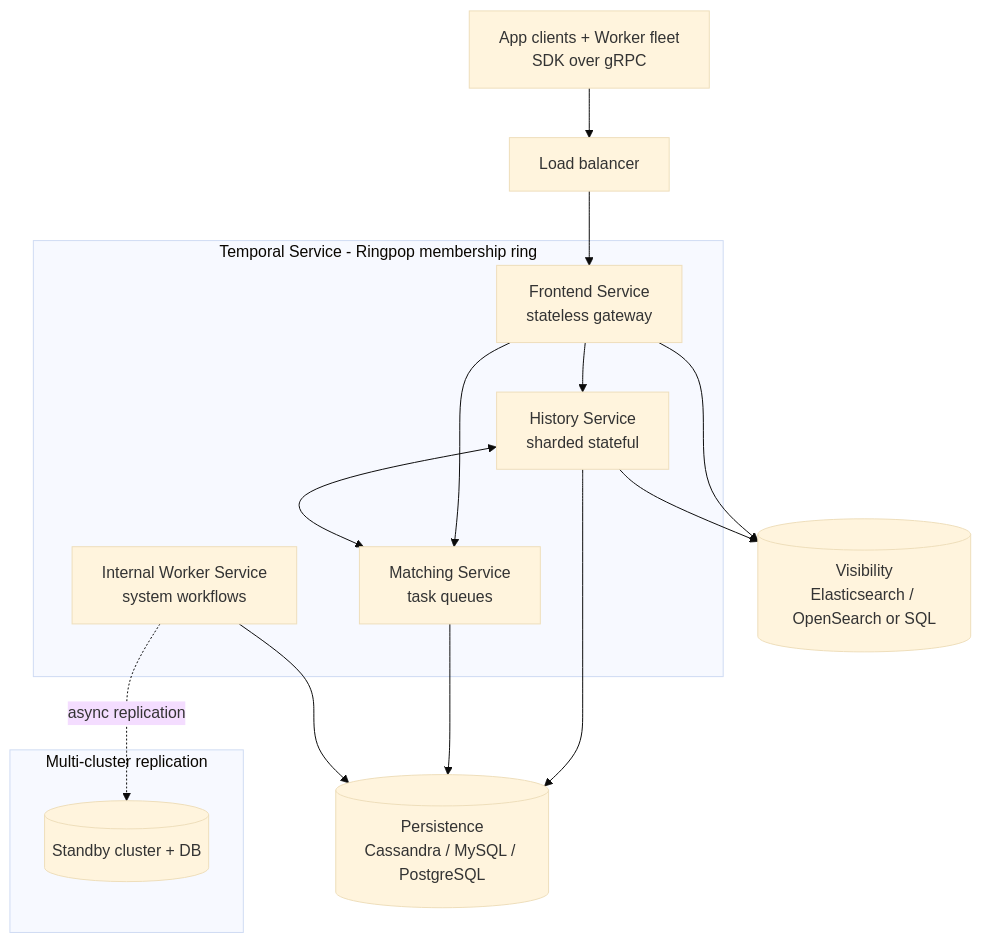
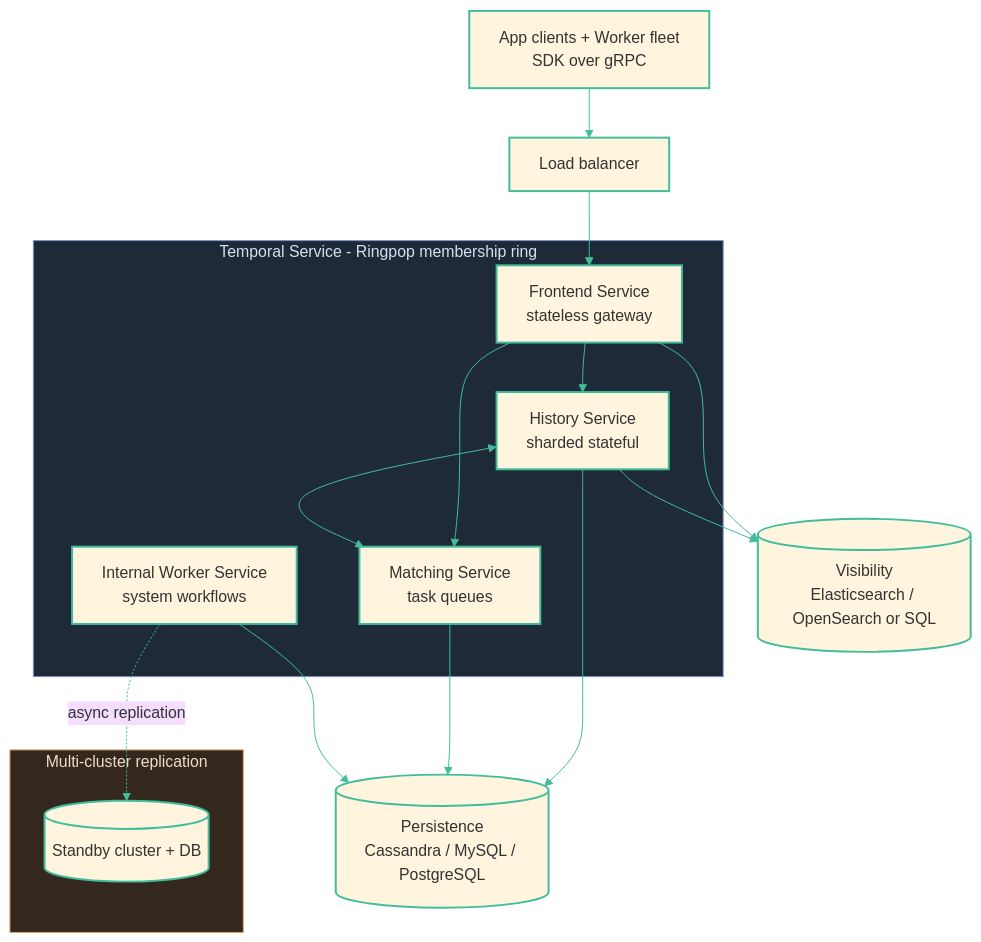
Before and after one commit to diagrid-labs/durable-execution-battle: the diagram in slides/03-hosting-production/03-prod-temporal.md, drawn with Mermaid (base theme). The commit also changed 51 other files, not shown here.

````diff
--- a/slides/03-hosting-production/03-prod-temporal.md
+++ b/slides/03-hosting-production/03-prod-temporal.md
@@ -10,25 +10,29 @@
 ```mermaid
 graph TD
   Clients["App clients + Worker fleet<br/>SDK over gRPC"]
   LB[Load balancer]
   Clients --> LB
   subgraph Cluster[Temporal Service - Ringpop membership ring]
     FE["Frontend Service<br/>stateless gateway"]
     HIST["History Service<br/>sharded stateful"]
     MATCH["Matching Service<br/>task queues"]
     IWRK["Internal Worker Service<br/>system workflows"]
     FE --> HIST
     FE --> MATCH
     HIST <--> MATCH
   end
   LB --> FE
   HIST --> DB[("Persistence<br/>Cassandra / MySQL / PostgreSQL")]
   MATCH --> DB
   IWRK --> DB
   FE --> VIS[("Visibility<br/>Elasticsearch / OpenSearch or SQL")]
   HIST --> VIS
   subgraph DR[Multi-cluster replication]
     DB2[(Standby cluster + DB)]
   end
   IWRK -.async replication.-> DB2
+  classDef default stroke:#41bd9b,stroke-width:2px
+  linkStyle default stroke:#41bd9b,stroke-width:1px
+  style Cluster fill:#1e2a38,stroke:#7c93c7,stroke-width:1px,color:#d6def0
+  style DR fill:#33271e,stroke:#d9a86b,stroke-width:1px,color:#f0dcc4
 ```
````
